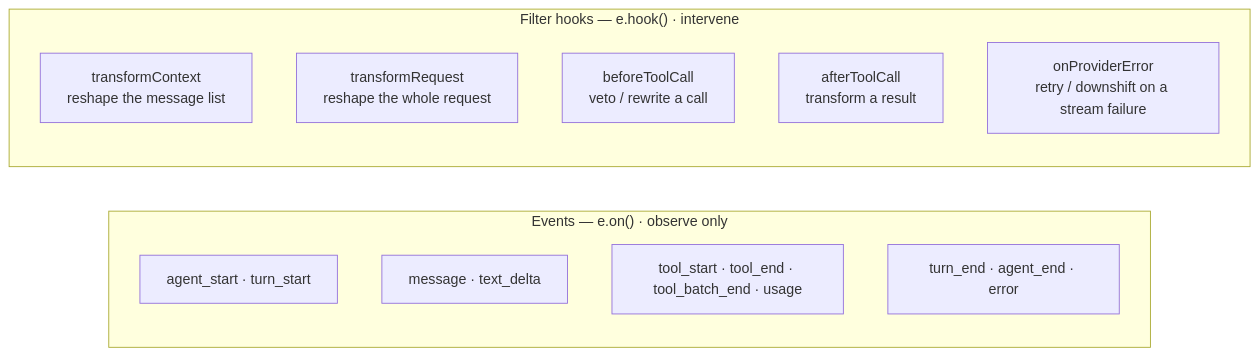
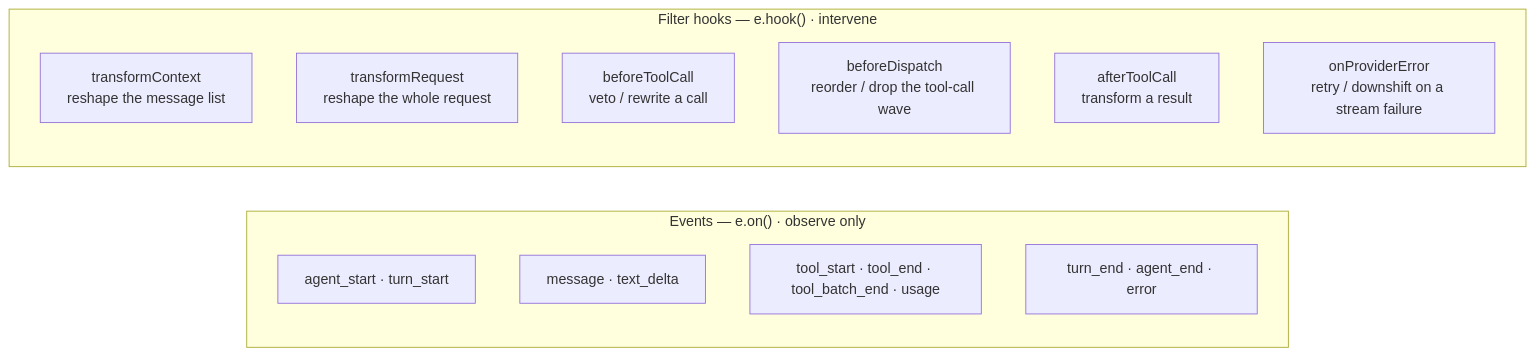
The third of 5 diagrams in README.md (caohaotiantian/EAgent), drawn with Mermaid before and after one commit. The commit also changed other lines of this file and 7 other files, not shown here.

First line of the commit message:
docs(before-dispatch): close Wave 6a — five->six filter reconciliation, closure blocks

````diff
--- a/README.md
+++ b/README.md
@@ -153,18 +153,19 @@
 ```mermaid
 flowchart LR
     subgraph OBS["Events — e.on() · observe only"]
         direction TB
         EVA["agent_start · turn_start"]
         EVB["message · text_delta"]
         EVC["tool_start · tool_end · tool_batch_end · usage"]
         EVD["turn_end · agent_end · error"]
     end
     subgraph INT["Filter hooks — e.hook() · intervene"]
         direction TB
         H1["transformContext<br/>reshape the message list"]
         H2["transformRequest<br/>reshape the whole request"]
         H3["beforeToolCall<br/>veto / rewrite a call"]
-        H4["afterToolCall<br/>transform a result"]
-        H5["onProviderError<br/>retry / downshift on a stream failure"]
+        H4["beforeDispatch<br/>reorder / drop the tool-call wave"]
+        H5["afterToolCall<br/>transform a result"]
+        H6["onProviderError<br/>retry / downshift on a stream failure"]
     end
 ```
````
